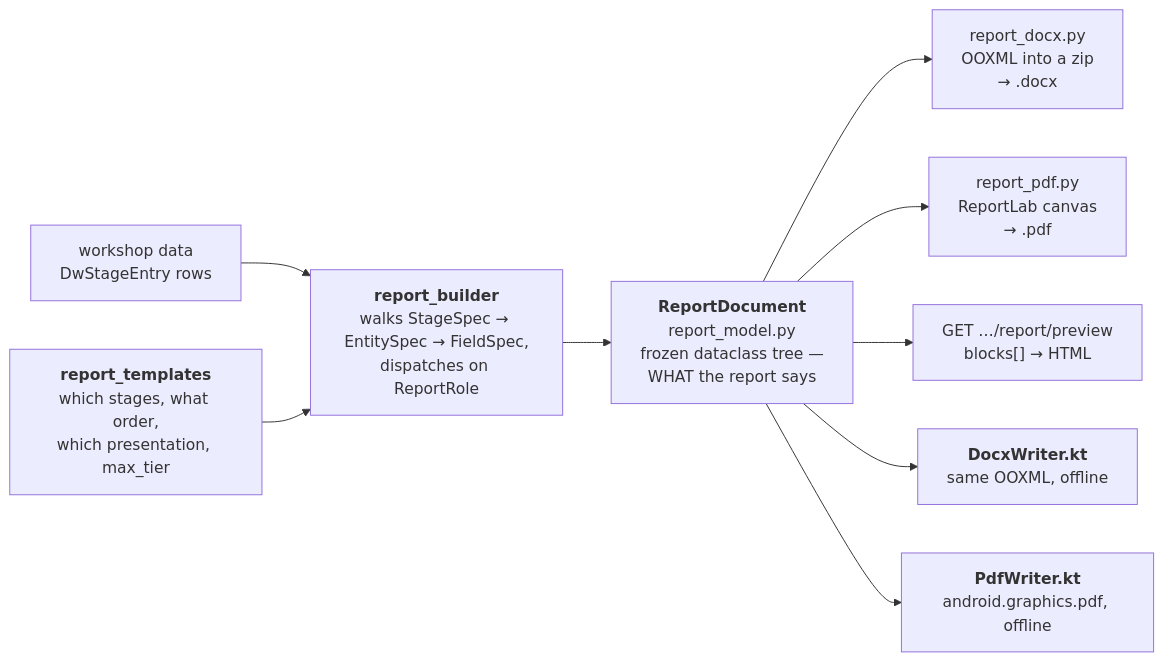
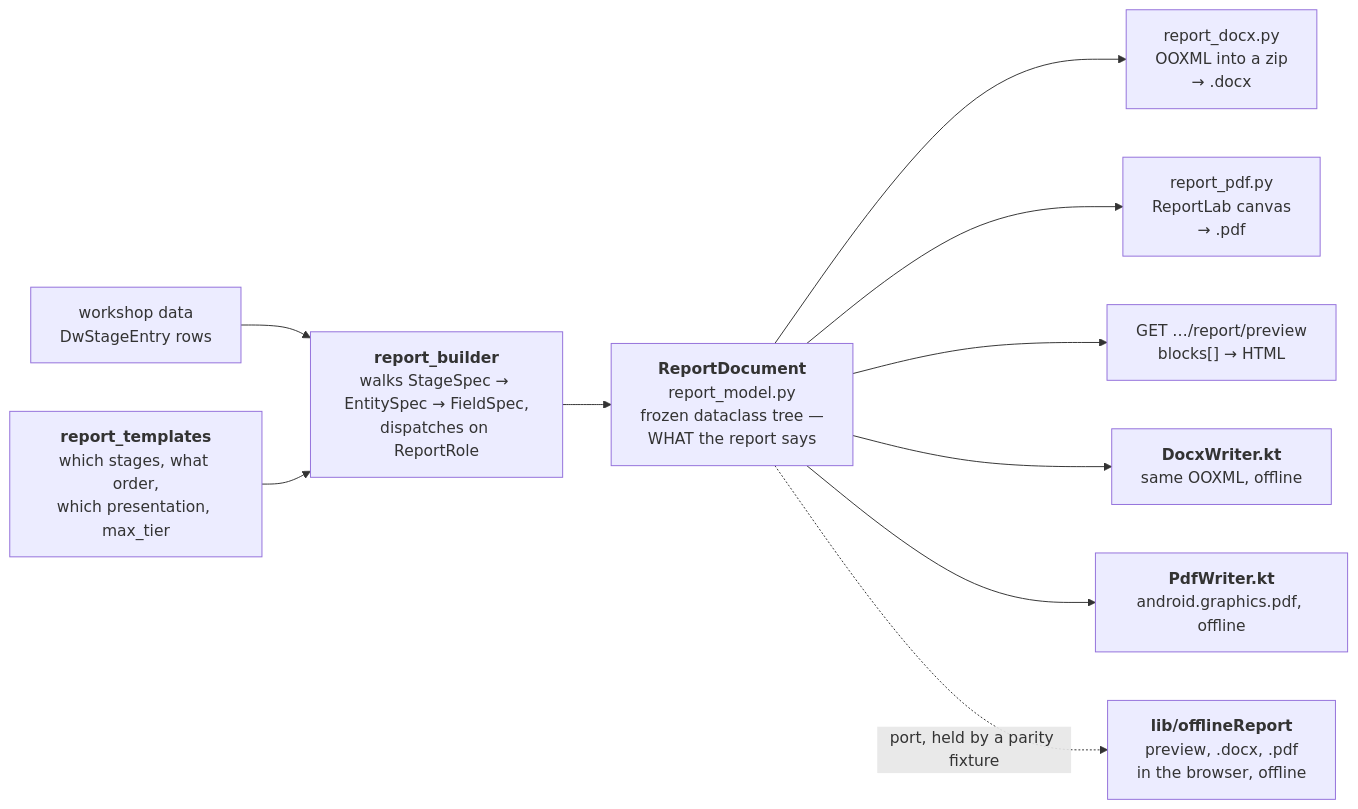
Before and after one commit to cxacraftecosystem-ui/designer-portal: the third of 3 diagrams in docs/DESIGN_WORKSHOP.md, drawn with Mermaid. The commit also changed other lines of this file and 68 other files, not shown here.

````diff
--- a/docs/DESIGN_WORKSHOP.md
+++ b/docs/DESIGN_WORKSHOP.md
@@ -562,11 +562,12 @@
 ```mermaid
 flowchart LR
   DATA["workshop data<br/>DwStageEntry rows"] --> RB["<b>report_builder</b><br/>walks StageSpec → EntitySpec → FieldSpec,<br/>dispatches on ReportRole"]
   TPL["<b>report_templates</b><br/>which stages, what order,<br/>which presentation, max_tier"] --> RB
   RB --> RD["<b>ReportDocument</b><br/>report_model.py<br/>frozen dataclass tree —<br/>WHAT the report says"]
   RD --> DOCX["report_docx.py<br/>OOXML into a zip<br/>→ .docx"]
   RD --> PDF["report_pdf.py<br/>ReportLab canvas<br/>→ .pdf"]
   RD --> PREV["GET …/report/preview<br/>blocks[] → HTML"]
   RD --> KDOCX["<b>DocxWriter.kt</b><br/>same OOXML, offline"]
   RD --> KPDF["<b>PdfWriter.kt</b><br/>android.graphics.pdf, offline"]
+  RD -.->|"port, held by a parity fixture"| WEB["<b>lib/offlineReport</b><br/>preview, .docx, .pdf<br/>in the browser, offline"]
 ```
````
